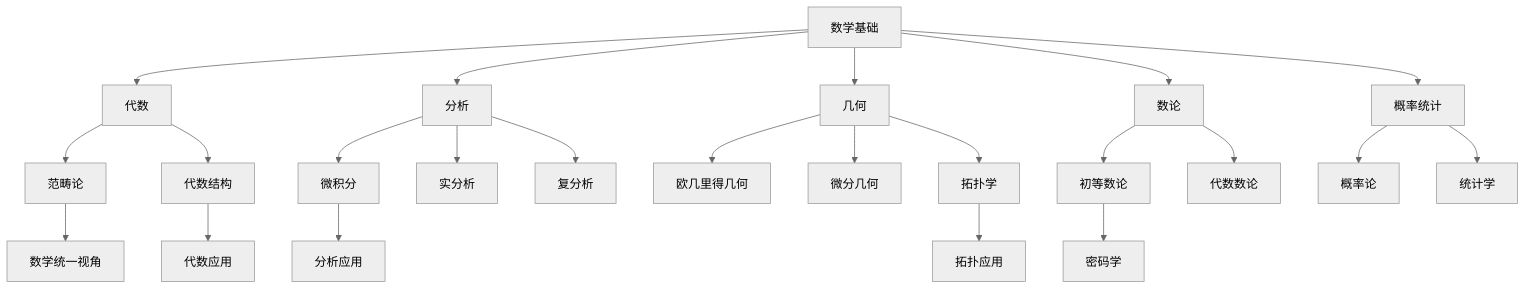
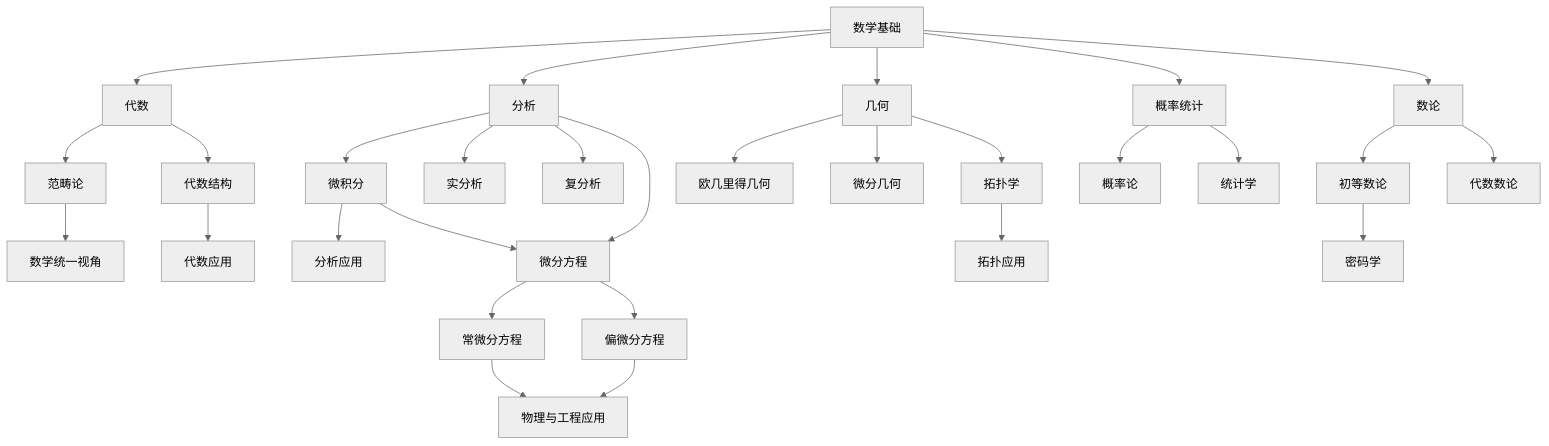
One commit to AdaMartin18010/Mathematics changed the first of 4 diagrams in Math/Refactor/00-项目总览/02-知识图谱.md. Above: the diagram before and after it, drawn with Mermaid (neutral theme). The commit also changed other lines of this file and 17 other files, not shown here.

````diff
--- a/Math/Refactor/00-项目总览/02-知识图谱.md
+++ b/Math/Refactor/00-项目总览/02-知识图谱.md
@@ -47,25 +48,31 @@
 ```mermaid
 graph TD
     A[数学基础] --> B[代数]
     A --> C[分析]
     A --> D[几何]
     A --> E[概率统计]
     A --> F[数论]
     B --> G[范畴论]
     B --> H[代数结构]
     C --> I[微积分]
     C --> J[实分析]
     C --> K[复分析]
+    C --> DE[微分方程]
     D --> L[欧几里得几何]
     D --> M[微分几何]
     D --> N[拓扑学]
     F --> O[初等数论]
     F --> P[代数数论]
     E --> Q[概率论]
     E --> R[统计学]
     G --> S[数学统一视角]
     H --> T[代数应用]
     I --> U[分析应用]
+    I --> DE
+    DE --> ODE[常微分方程]
+    DE --> PDE[偏微分方程]
+    ODE --> APPL[物理与工程应用]
+    PDE --> APPL
     N --> V[拓扑应用]
     O --> W[密码学]
 ```
````
